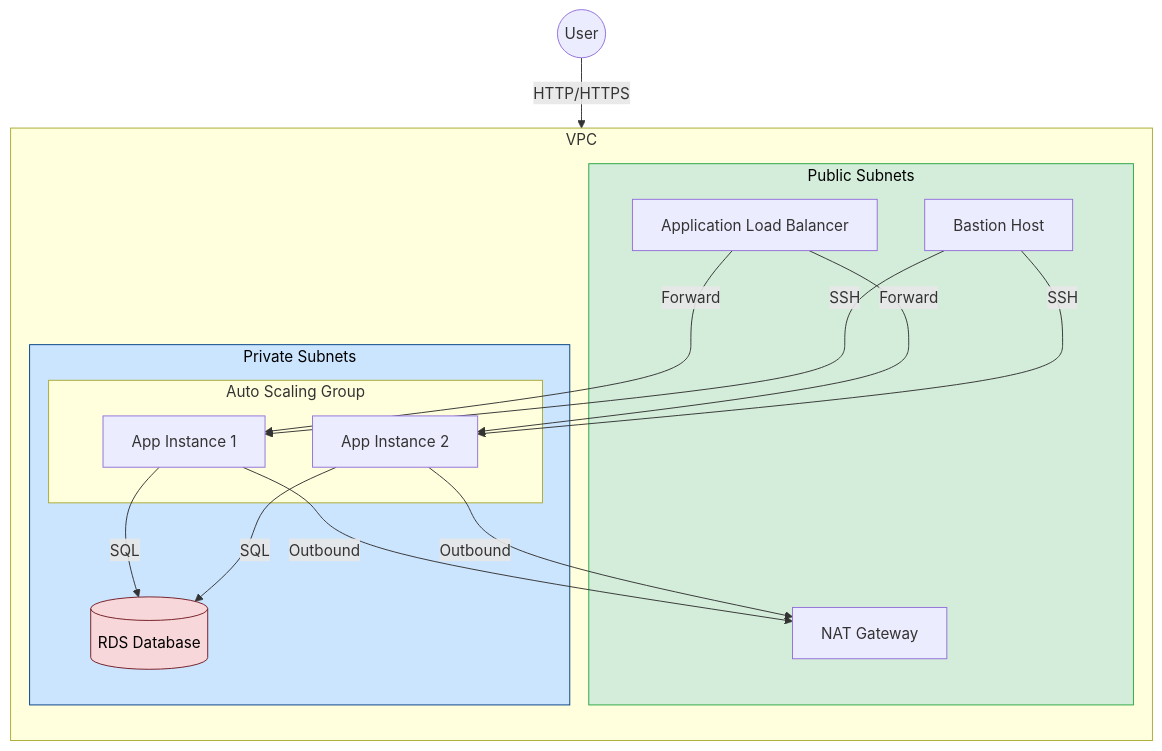
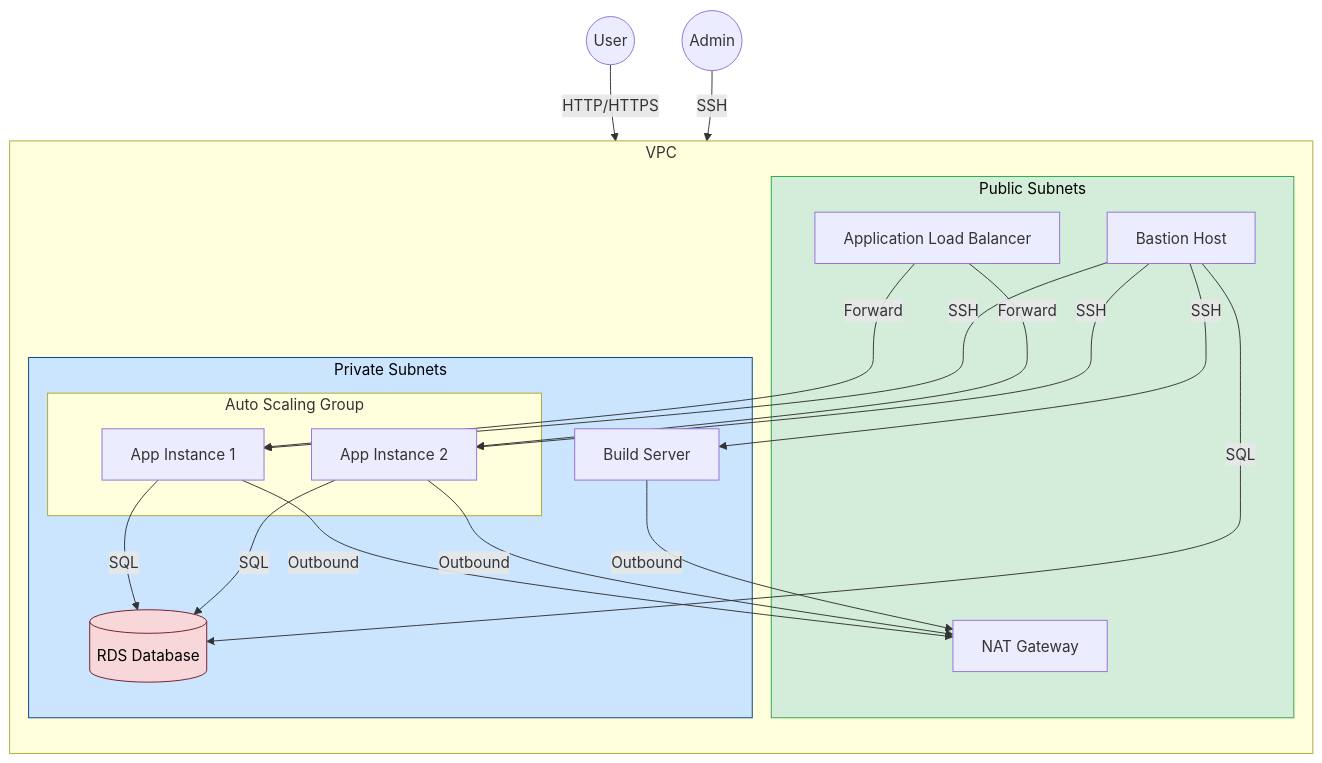
The diagram in docs/infrastructure.md (cgponteb/proxecto-asir), drawn with Mermaid before and after one commit. The commit also changed 6 other files, not shown here.

Commit message:
Add dedicated build server for AMI generation, updating Terraform provisioning, Ansible configuration via Bastion, and deployment documentation.

````diff
--- a/docs/infrastructure.md
+++ b/docs/infrastructure.md
@@ -5,41 +5,47 @@
 ```mermaid
 graph TD
     subgraph VPC [VPC]
         direction TB
         
         subgraph Public_Subnets [Public Subnets]
             ALB[Application Load Balancer]
             Bastion[Bastion Host]
             NAT[NAT Gateway]
         end
         
         subgraph Private_Subnets [Private Subnets]
             subgraph ASG [Auto Scaling Group]
                 App1[App Instance 1]
                 App2[App Instance 2]
             end
+            BuildServer[Build Server]
             RDS[(RDS Database)]
         end
     end
 
     User((User)) -->|HTTP/HTTPS| ALB
+    Admin((Admin)) -->|SSH| Bastion
+    
     ALB -->|Forward| App1
     ALB -->|Forward| App2
     
     Bastion -->|SSH| App1
     Bastion -->|SSH| App2
+    Bastion -->|SSH| BuildServer
+    Bastion -->|SQL| RDS
     
     App1 -->|SQL| RDS
     App2 -->|SQL| RDS
     
     App1 -->|Outbound| NAT
     App2 -->|Outbound| NAT
+    BuildServer -->|Outbound| NAT
     
     classDef public fill:#d4edda,stroke:#28a745,color:black
     classDef private fill:#cce5ff,stroke:#004085,color:black
     classDef db fill:#f8d7da,stroke:#721c24,color:black
     
     class Public_Subnets public
     class Private_Subnets private
     class RDS db
 ```
````
